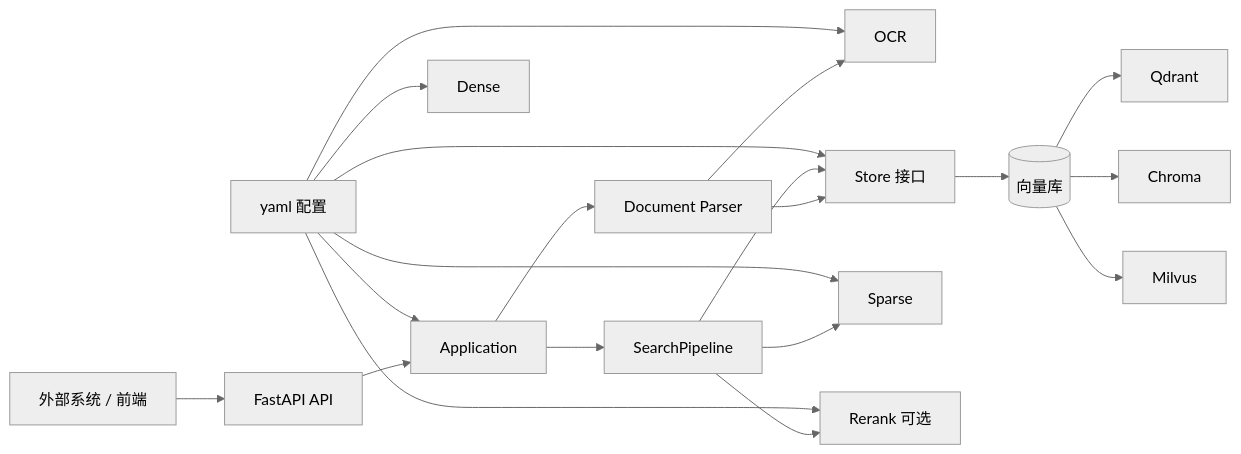
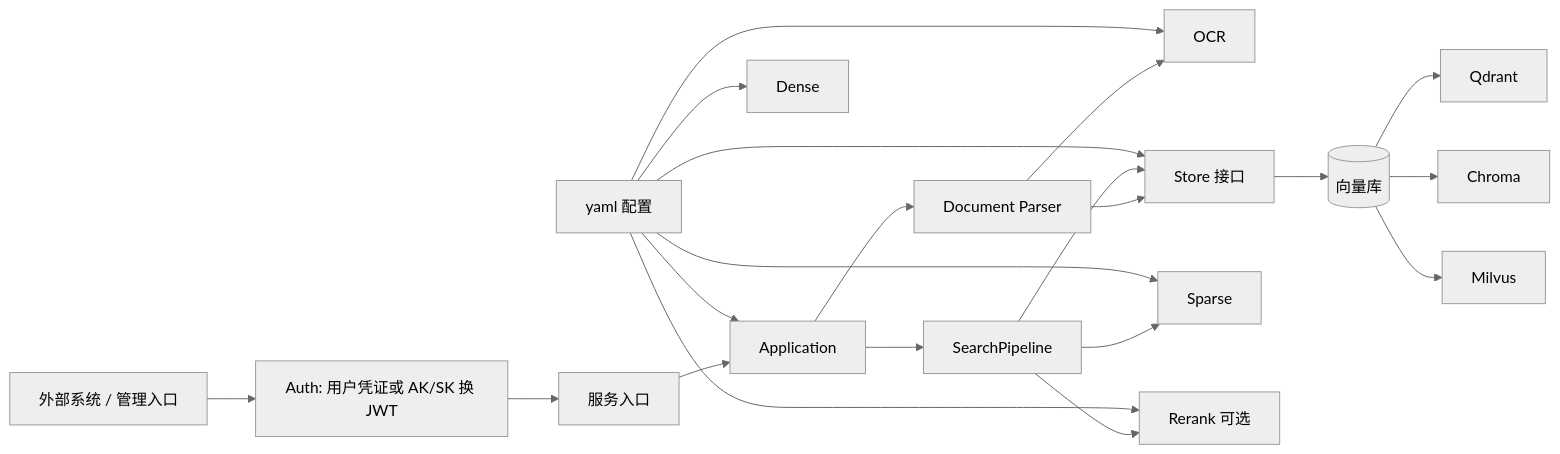
The first of 5 diagrams in docs/architecture.md (guobinqiu/new_brain), drawn with Mermaid (neutral theme) before and after one commit. The commit also changed other lines of this file and 61 other files, not shown here.

````diff
--- a/docs/architecture.md
+++ b/docs/architecture.md
@@ -50,26 +54,27 @@
 ```mermaid
 flowchart LR
-  Client["外部系统 / 前端"] --> API["FastAPI API"]
-  API --> App["Application"]
+  Client["外部系统 / 管理入口"] --> Auth["Auth: 用户凭证或 AK/SK 换 JWT"]
+  Auth --> Entry["服务入口"]
+  Entry --> App["Application"]
   App --> Search["SearchPipeline"]
   App --> Parser["Document Parser"]
 
   Parser --> OCR["OCR"]
   Parser --> Store["Store 接口"]
 
   Search --> Store
   Search --> Sparse
   Search --> Rerank["Rerank 可选"]
 
   Store --> DB[("向量库")]
   DB --> Qdrant["Qdrant"]
   DB --> Chroma["Chroma"]
   DB --> Milvus["Milvus"]
 
   Config["yaml 配置"] --> App
   Config --> Dense
   Config --> Sparse
   Config --> Store
   Config --> Rerank
   Config --> OCR
 ```
````
